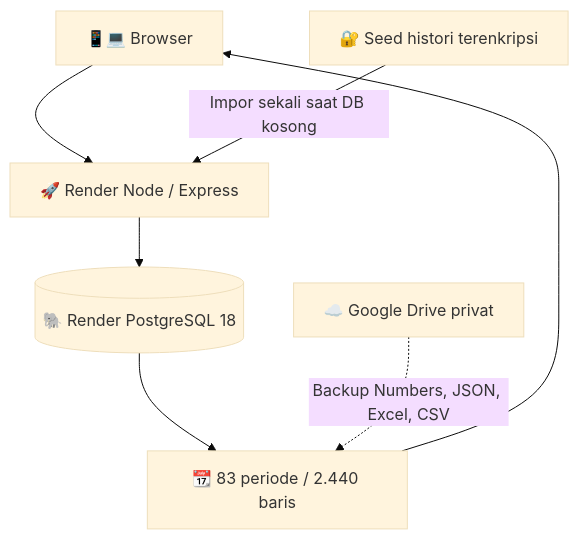
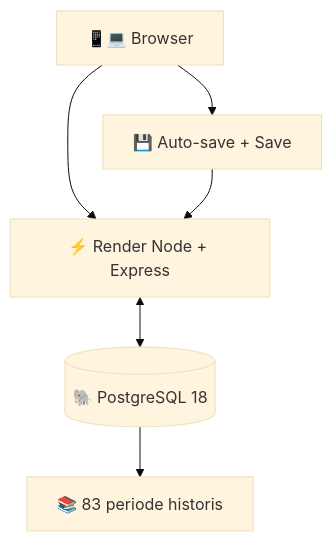
The diagram in README.md (adith92/TagihanBulanan), drawn with Mermaid (base theme) before and after one commit. The commit also changed other lines of this file and 7 other files, not shown here.

````diff
--- a/README.md
+++ b/README.md
@@ -56,9 +41,8 @@
 ```mermaid
 flowchart TD
-    A["📱💻 Browser"] --> B["🚀 Render Node / Express"]
-    B --> C[("🐘 Render PostgreSQL 18")]
-    D["🔐 Seed histori terenkripsi"] -->|"Impor sekali saat DB kosong"| B
-    C --> E["📆 83 periode / 2.440 baris"]
-    E --> A
-    F["☁️ Google Drive privat"] -.->|"Backup Numbers, JSON, Excel, CSV"| E
+ B[📱💻 Browser] --> API[⚡ Render Node + Express]
+ API <--> DB[(🐘 PostgreSQL 18)]
+ DB --> H[📚 83 periode historis]
+ B --> SAVE[💾 Auto-save + Save]
+ SAVE --> API
 ```
````
